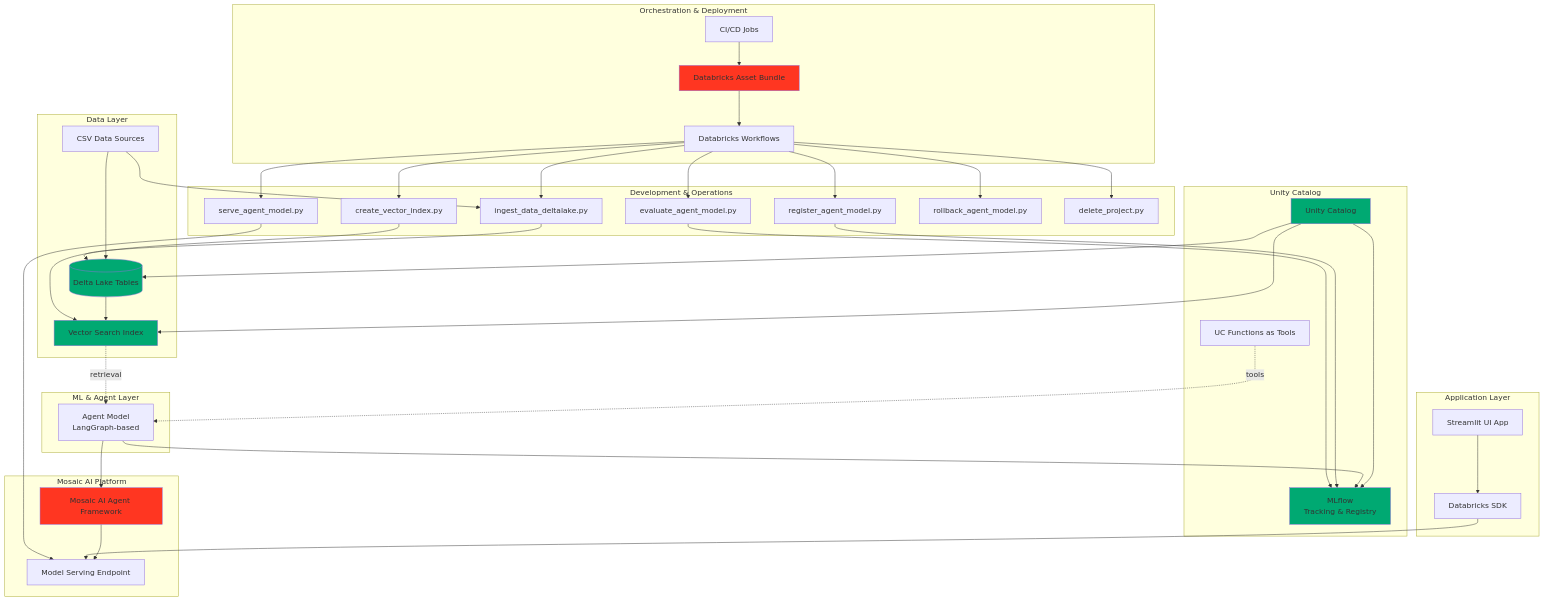
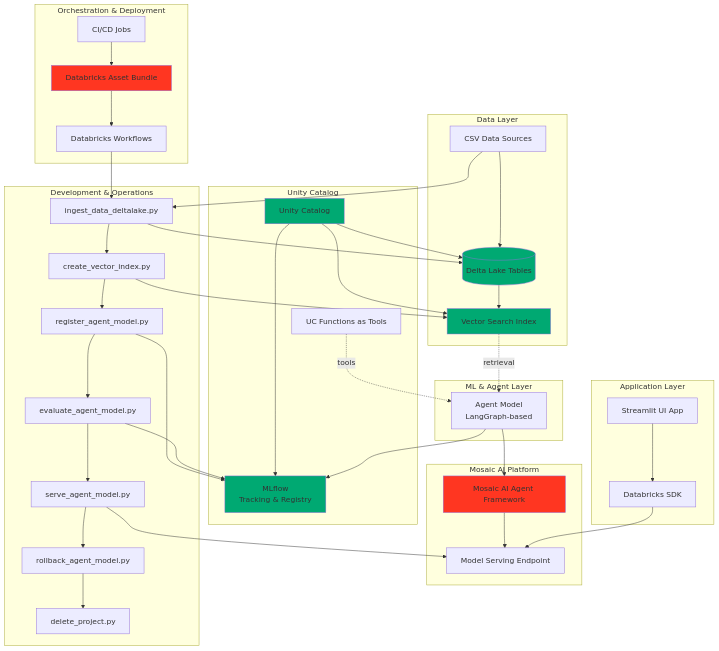
Before and after one commit to aloysiusdjosephaws-cmyk/genai-demos: the diagram in README.md, drawn with Mermaid.

````diff
--- a/README.md
+++ b/README.md
@@ -5,77 +5,77 @@
 ```mermaid
 graph TB
     subgraph "Data Layer"
         CSV[CSV Data Sources] --> DeltaLake[(Delta Lake Tables)]
         DeltaLake --> VectorSearch[Vector Search Index]
     end
     
     subgraph "Unity Catalog"
         UC[Unity Catalog]
         UCFunctions[UC Functions as Tools]
         UC --> DeltaLake
         UC --> MLFlow
         UC --> VectorSearch
     end
     
     subgraph "ML & Agent Layer"
         AgentModel[Agent Model<br/>LangGraph-based]
         MLFlow[MLflow<br/>Tracking & Registry]
         AgentModel --> MLFlow
         VectorSearch -.retrieval.-> AgentModel
         UCFunctions -.tools.-> AgentModel
     end
     
     subgraph "Mosaic AI Platform"
         MosaicAgent[Mosaic AI Agent Framework]
         ModelServing[Model Serving Endpoint]
         AgentModel --> MosaicAgent
         MosaicAgent --> ModelServing
     end
     
     subgraph "Orchestration & Deployment"
         DAB[Databricks Asset Bundle]
         Workflows[Databricks Workflows]
         CICD[CI/CD Jobs]
         DAB --> Workflows
         CICD --> DAB
     end
     
     subgraph "Application Layer"
         Streamlit[Streamlit UI App]
         API[Databricks SDK]
         Streamlit --> API
         API --> ModelServing
     end
     
     subgraph "Development & Operations"
         Ingest[ingest_data_deltalake.py]
         CreateIndex[create_vector_index.py]
         Register[register_agent_model.py]
         Evaluate[evaluate_agent_model.py]
         Serve[serve_agent_model.py]
         Rollback[rollback_agent_model.py]
         Delete[delete_project.py]
-        
-        Workflows --> Ingest
-        Workflows --> CreateIndex
-        Workflows --> Register
-        Workflows --> Evaluate
-        Workflows --> Serve
-        Workflows --> Rollback
-        Workflows --> Delete
     end
+    
+    Workflows --> Ingest
+    Ingest --> CreateIndex
+    CreateIndex --> Register
+    Register --> Evaluate
+    Evaluate --> Serve
+    Serve --> Rollback
+    Rollback --> Delete
     
     CSV --> Ingest
     Ingest --> DeltaLake
     CreateIndex --> VectorSearch
     Register --> MLFlow
     Evaluate --> MLFlow
     Serve --> ModelServing
     
     style UC fill:#00a972
     style DeltaLake fill:#00a972
     style MLFlow fill:#00a972
     style VectorSearch fill:#00a972
     style MosaicAgent fill:#ff3621
     style DAB fill:#ff3621
 ```
````
